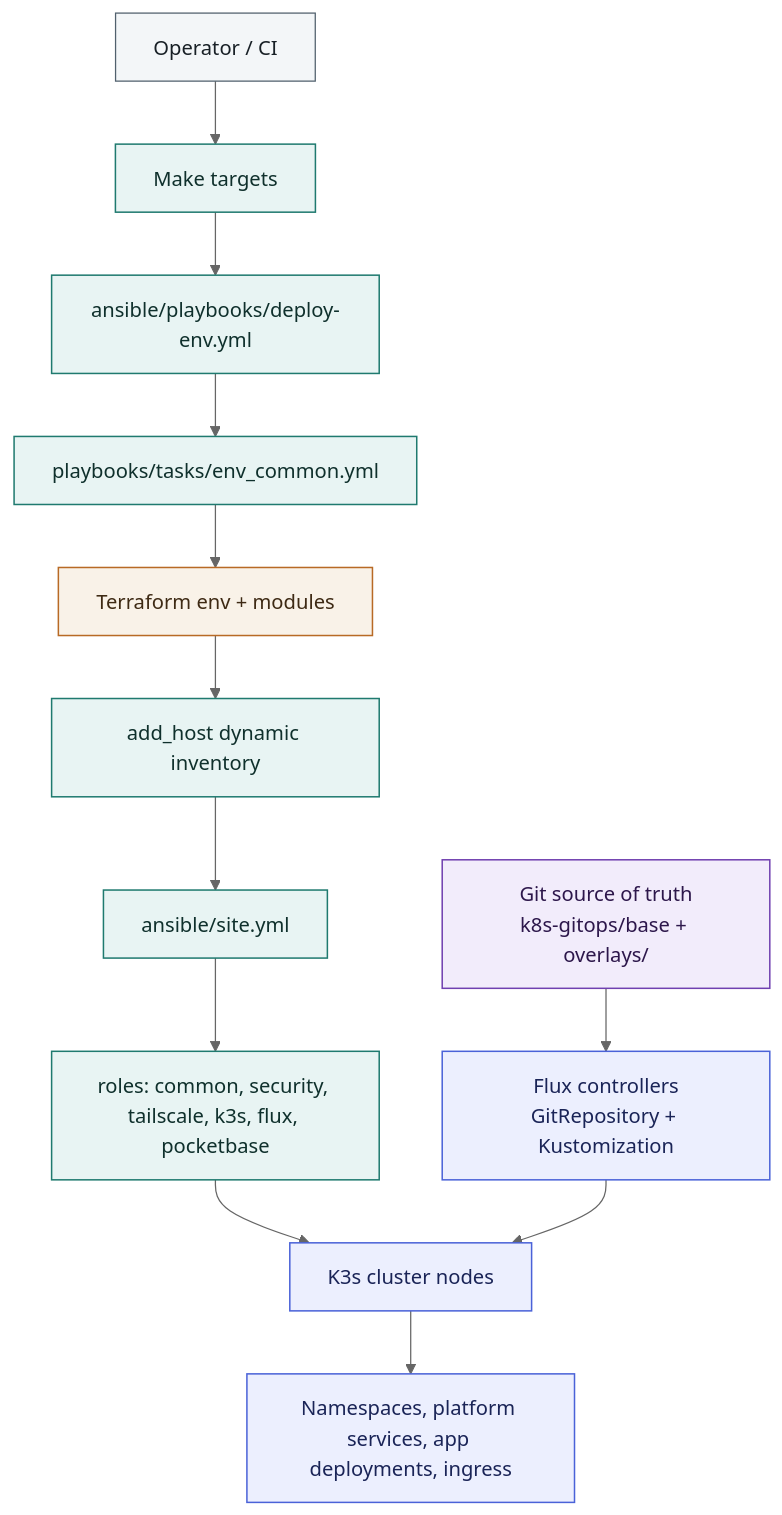
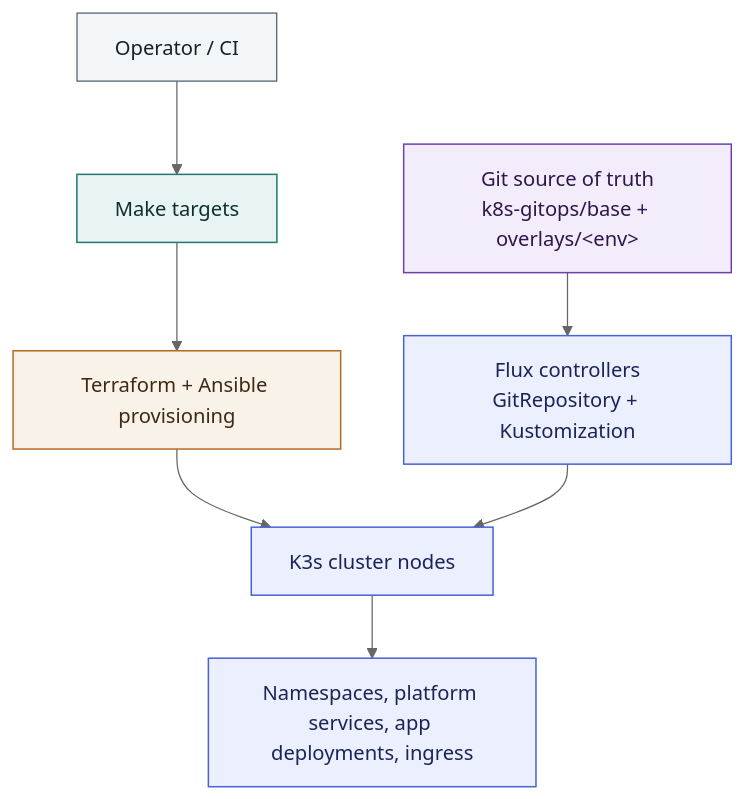
One commit to hackelia-micrantha/hyperion changed the diagram in README.md. Above: the diagram before and after it, drawn with Mermaid (neutral theme).

````diff
--- a/README.md
+++ b/README.md
@@ -124,21 +124,16 @@
 ```mermaid
 flowchart TB
   classDef actor fill:#f3f6f8,stroke:#51606d,color:#182026,stroke-width:1px;
   classDef control fill:#e8f4f3,stroke:#1f7a6f,color:#0f302c,stroke-width:1.2px;
   classDef infra fill:#f9f2e8,stroke:#b86a25,color:#3e2a14,stroke-width:1.2px;
   classDef runtime fill:#eceffe,stroke:#4a62d8,color:#1a2457,stroke-width:1.2px;
   classDef source fill:#f2ecfb,stroke:#7040b0,color:#2d174b,stroke-width:1.2px;
 
   Dev[Operator / CI]:::actor --> Make[Make targets]:::control
-  Make --> Deploy[ansible/playbooks/deploy-env.yml]:::control
-  Deploy --> EnvCommon[playbooks/tasks/env_common.yml]:::control
-  EnvCommon --> TF[Terraform env + modules]:::infra
-  TF --> Inventory[add_host dynamic inventory]:::control
-  Inventory --> Site[ansible/site.yml]:::control
-  Site --> Roles[roles: common, security, tailscale, k3s, flux, pocketbase]:::control
-  Roles --> K3s[K3s cluster nodes]:::runtime
+  Make --> Provision[Terraform + Ansible provisioning]:::infra
+  Provision --> K3s[K3s cluster nodes]:::runtime
 
-  Repo[Git source of truth\nk8s-gitops/base + overlays/<env>]:::source --> Flux[Flux controllers\nGitRepository + Kustomization]:::runtime
+  Repo[Git source of truth<br/>k8s-gitops/base + overlays/&lt;env&gt;]:::source --> Flux[Flux controllers<br/>GitRepository + Kustomization]:::runtime
   Flux --> K3s
   K3s --> Workloads[Namespaces, platform services, app deployments, ingress]:::runtime
 ```
````
